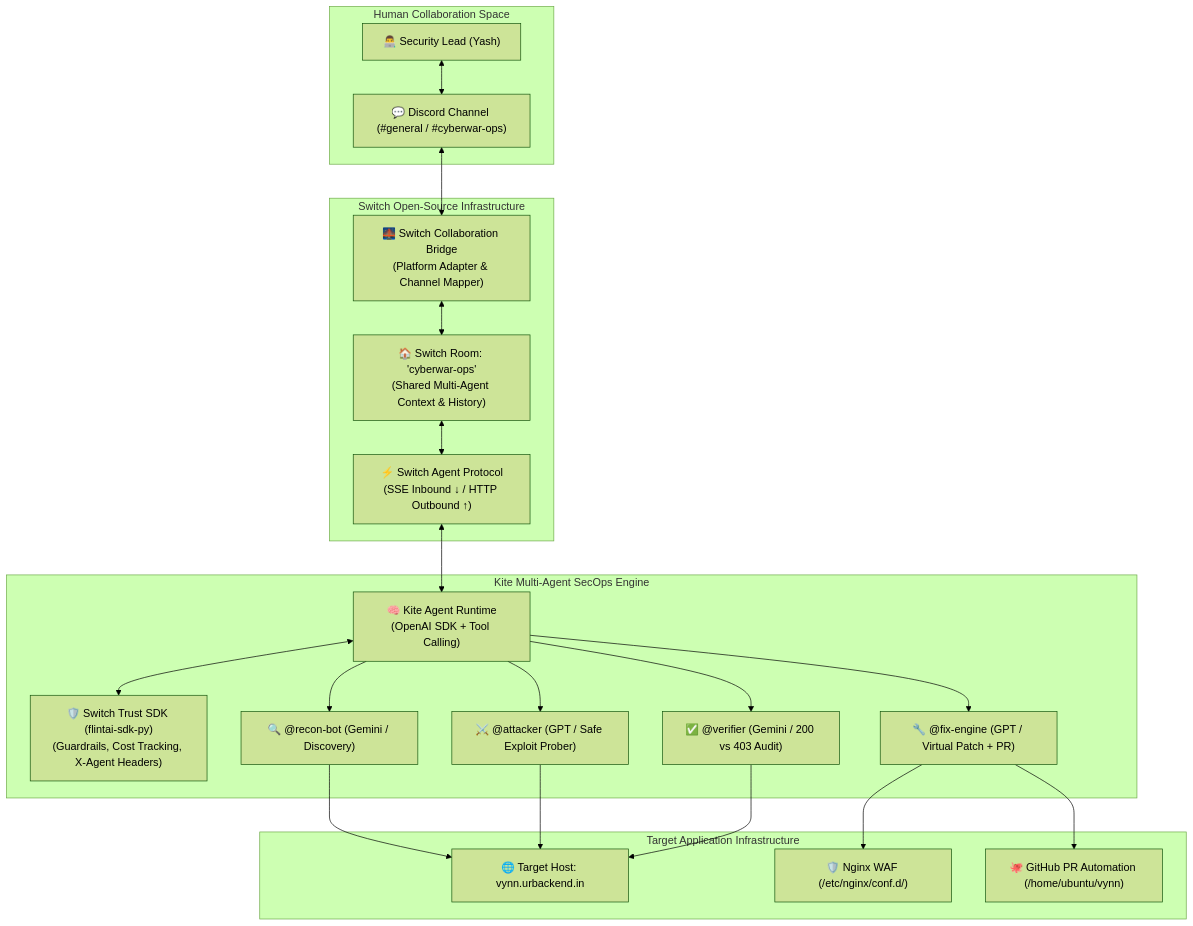
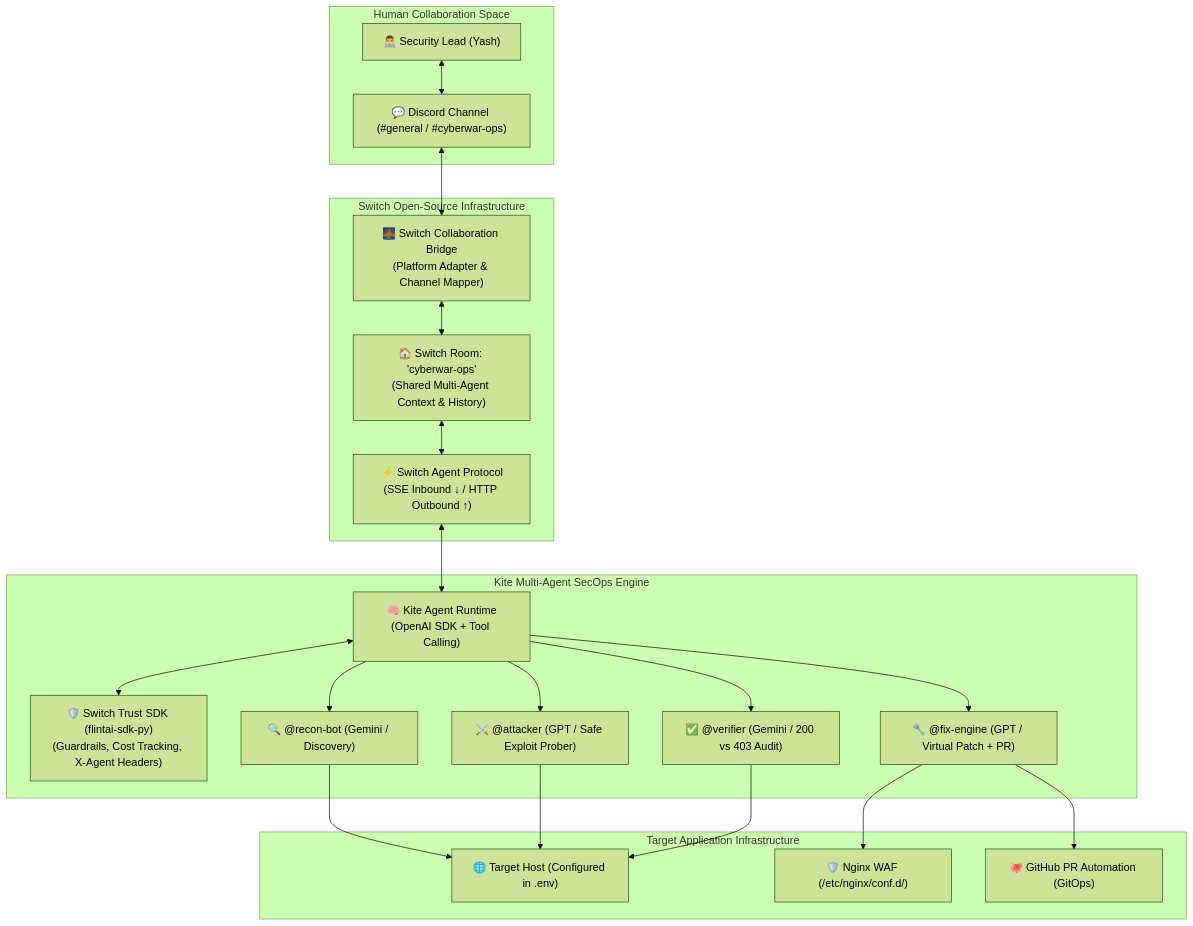
One commit to yash-pouranik/kite changed the diagram in plan.md. Above: the diagram before and after it, drawn with Mermaid (forest theme). The commit also changed other lines of this file and 14 other files, not shown here.

Commit message:
refactor: eliminate all hardcoded target urls, paths, and namespaces in favor of generic .env configuration

````diff
--- a/plan.md
+++ b/plan.md
@@ -18,30 +18,30 @@
 ```mermaid
 flowchart TD
     subgraph Human Collaboration Space
         User["👨‍💻 Security Lead (Yash)"] <--> Discord["💬 Discord Channel (#general / #cyberwar-ops)"]
     end
 
     subgraph Switch Open-Source Infrastructure
         Discord <--> SwitchBridge["🌉 Switch Collaboration Bridge\n(Platform Adapter & Channel Mapper)"]
         SwitchBridge <--> SwitchRoom["🏠 Switch Room: 'cyberwar-ops'\n(Shared Multi-Agent Context & History)"]
         SwitchRoom <--> SwitchAgentBridge["⚡ Switch Agent Protocol\n(SSE Inbound ↓ / HTTP Outbound ↑)"]
     end
 
     subgraph Kite Multi-Agent SecOps Engine
         SwitchAgentBridge <--> AgentRuntime["🧠 Kite Agent Runtime\n(OpenAI SDK + Tool Calling)"]
         AgentRuntime <--> SwitchTrust["🛡️ Switch Trust SDK (flintai-sdk-py)\n(Guardrails, Cost Tracking, X-Agent Headers)"]
         
         AgentRuntime --> ReconBot["🔍 @recon-bot (Gemini / Discovery)"]
         AgentRuntime --> AttackerBot["⚔️ @attacker (GPT / Safe Exploit Prober)"]
         AgentRuntime --> FixBot["🔧 @fix-engine (GPT / Virtual Patch + PR)"]
         AgentRuntime --> VerifierBot["✅ @verifier (Gemini / 200 vs 403 Audit)"]
     end
 
     subgraph Target Application Infrastructure
-        ReconBot --> LiveTarget["🌐 Target Host: vynn.urbackend.in"]
+        ReconBot --> LiveTarget["🌐 Target Host (Configured in .env)"]
         AttackerBot --> LiveTarget
         FixBot --> Nginx["🛡️ Nginx WAF (/etc/nginx/conf.d/)"]
-        FixBot --> GitHub["🐙 GitHub PR Automation (/home/ubuntu/vynn)"]
+        FixBot --> GitHub["🐙 GitHub PR Automation (GitOps)"]
         VerifierBot --> LiveTarget
     end
 ```
````
